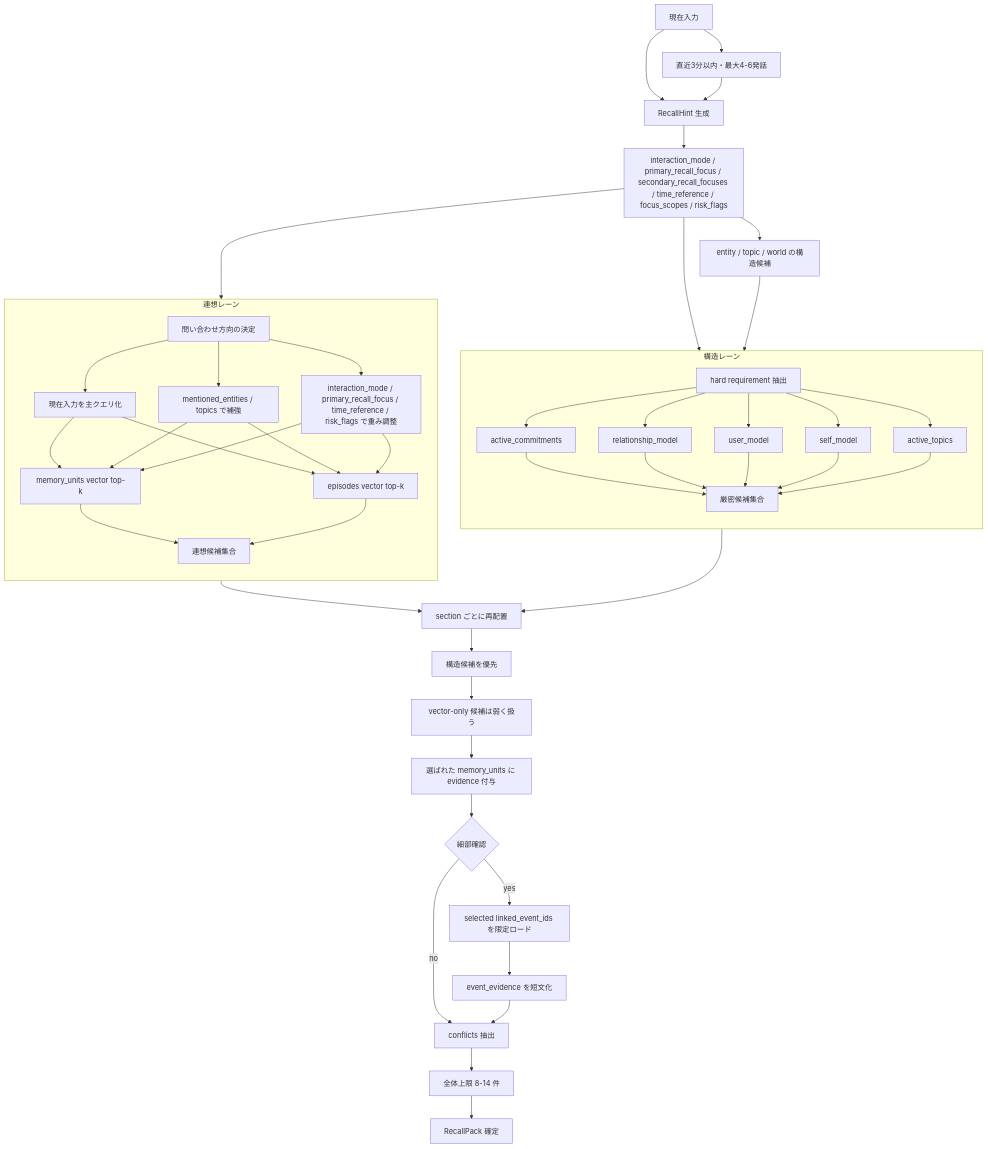
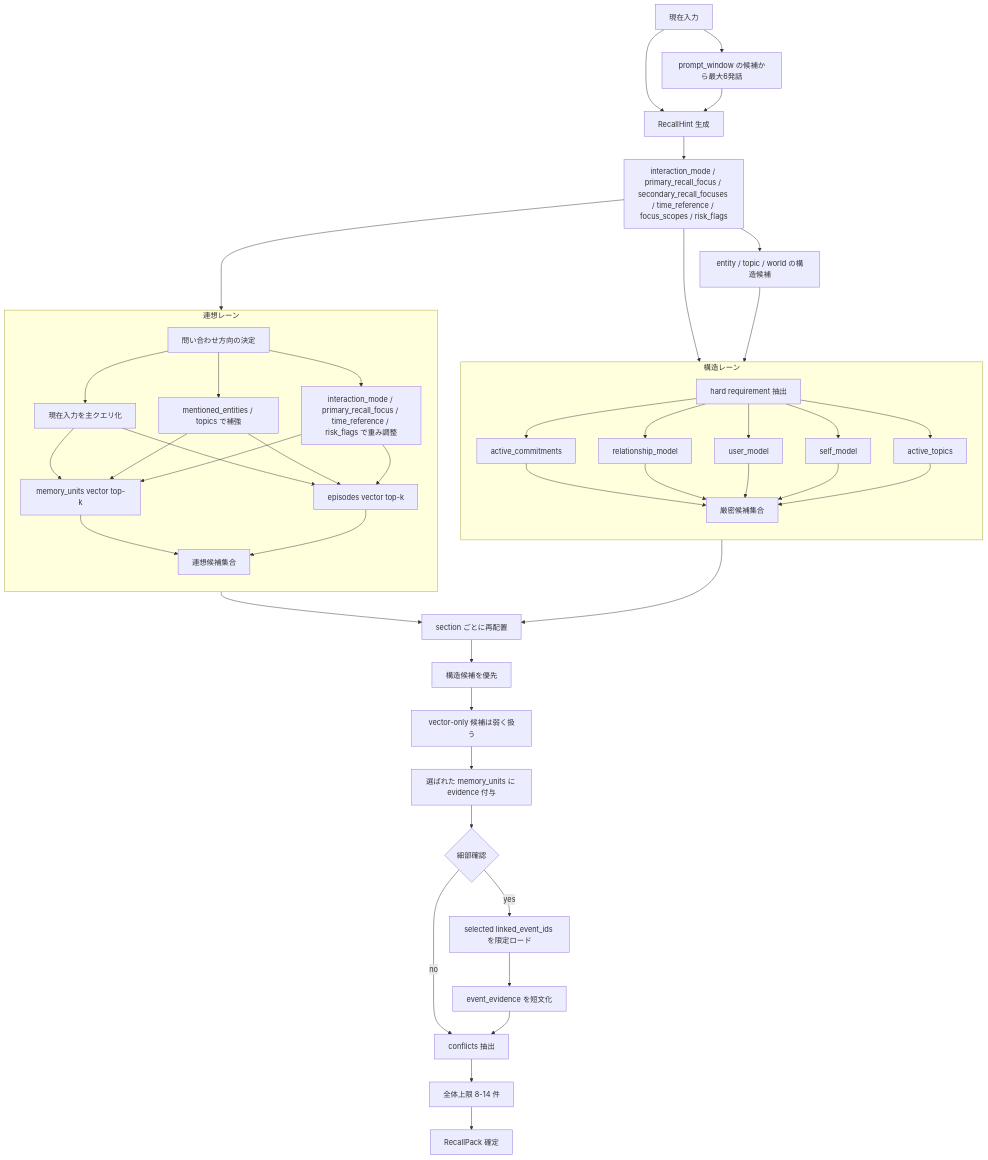
Before and after one commit to hirona98/OtomeKairo: the second of 4 diagrams in docs/design/memory/05_想起と判断フロー図.md, drawn with Mermaid. The commit also changed 6 other files, not shown here.

Commit message:
prompt_window

````diff
--- a/docs/design/memory/05_想起と判断フロー図.md
+++ b/docs/design/memory/05_想起と判断フロー図.md
@@ -98,69 +98,69 @@
 ```mermaid
 flowchart TD
-    A[現在入力] --> B[直近3分以内・最大4-6発話]
+    A[現在入力] --> B[prompt_window の候補から最大6発話]
     A --> C[RecallHint 生成]
     B --> C
     C --> D[interaction_mode / primary_recall_focus / secondary_recall_focuses / time_reference / focus_scopes / risk_flags]
 
     D --> E1
     D --> E2
 
     subgraph SL[構造レーン]
         direction TB
         E1[hard requirement 抽出]
         F1[active_commitments]
         F2[relationship_model]
         F3[user_model]
         F4[self_model]
         F5[active_topics]
         G1[厳密候補集合]
         E1 --> F1
         E1 --> F2
         E1 --> F3
         E1 --> F4
         E1 --> F5
         F1 --> G1
         F2 --> G1
         F3 --> G1
         F4 --> G1
         F5 --> G1
     end
 
     subgraph VL[連想レーン]
         direction TB
         E2[問い合わせ方向の決定]
         H1[現在入力を主クエリ化]
         H2[mentioned_entities / topics で補強]
         H3[interaction_mode / primary_recall_focus / time_reference / risk_flags で重み調整]
         H4[memory_units vector top-k]
         H5[episodes vector top-k]
         H6[連想候補集合]
         E2 --> H1
         E2 --> H2
         E2 --> H3
         H1 --> H4
         H1 --> H5
         H2 --> H4
         H2 --> H5
         H3 --> H4
         H3 --> H5
         H4 --> H6
         H5 --> H6
     end
 
     D --> ES[entity / topic / world の構造候補]
     ES --> G1
 
     G1 --> I[section ごとに再配置]
     H6 --> I
     I --> J[構造候補を優先]
     J --> K[vector-only 候補は弱く扱う]
     K --> L[選ばれた memory_units に evidence 付与]
     L --> X{細部確認}
     X -- no --> M[conflicts 抽出]
     X -- yes --> Y[selected linked_event_ids を限定ロード]
     Y --> Z[event_evidence を短文化]
     Z --> M
     M --> N[全体上限 8-14 件]
     N --> O[RecallPack 確定]
 ```
````
